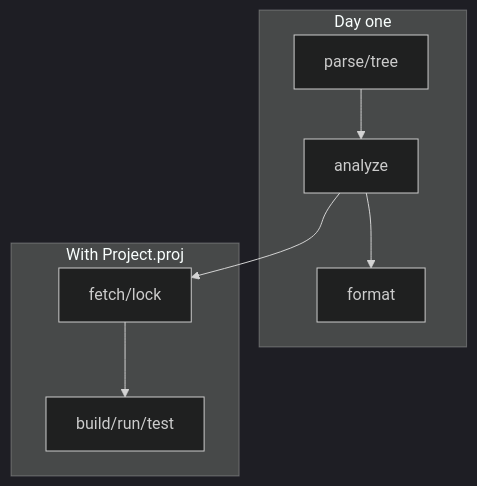
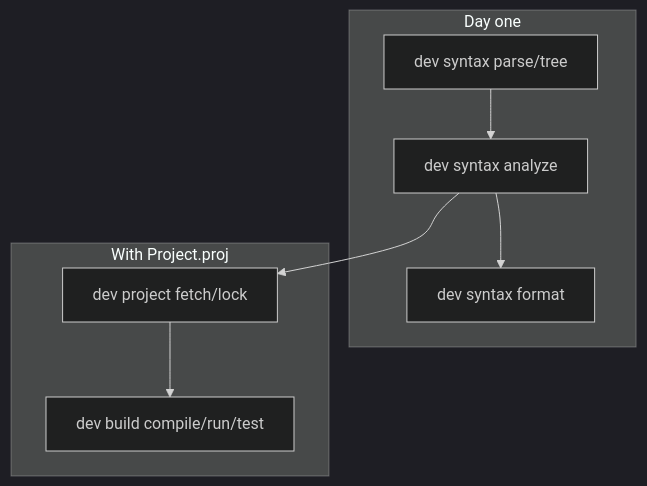
The diagram in site/website/src/content/docs/book/02-path-not-found-tooling-anyway/cli-tour.md (Cyber-Nomad-Collective/beskid), drawn with Mermaid (dark theme) before and after one commit. The commit also changed other lines of this file and 1455 other files, not shown here.

````diff
--- a/site/website/src/content/docs/book/02-path-not-found-tooling-anyway/cli-tour.md
+++ b/site/website/src/content/docs/book/02-path-not-found-tooling-anyway/cli-tour.md
@@ -32,11 +32,11 @@
 ```mermaid
 flowchart TD
   subgraph day1 [Day one]
-    P[parse/tree] --> A[analyze]
-    A --> F[format]
+    P[dev syntax parse/tree] --> A[dev syntax analyze]
+    A --> F[dev syntax format]
   end
   subgraph project [With Project.proj]
-    A --> Fetch[fetch/lock]
-    Fetch --> B[build/run/test]
+    A --> Fetch[dev project fetch/lock]
+    Fetch --> B[dev build compile/run/test]
   end
 ```
````
